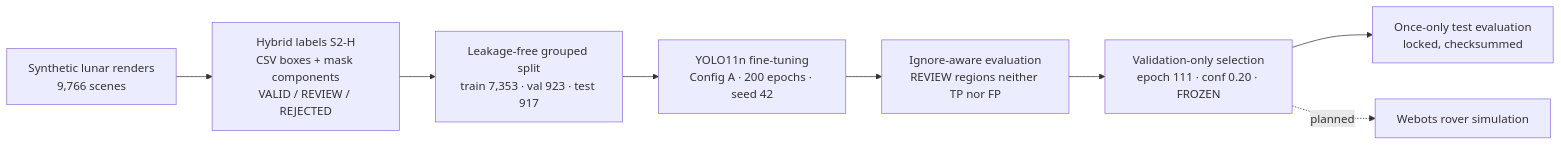
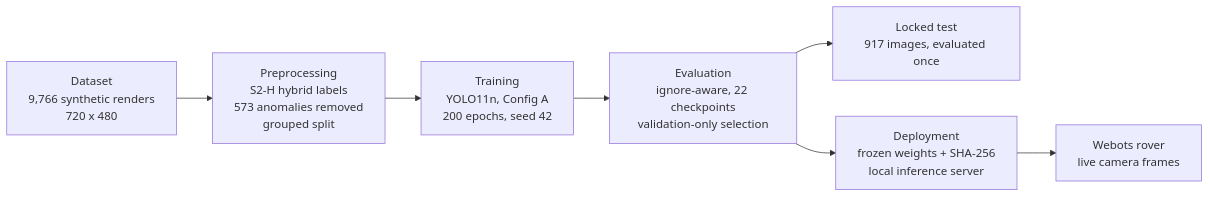
Before and after one commit to mehdi-lakhzouri/ATEC-404: the second of 6 diagrams in README.md, drawn with Mermaid. The commit also changed other lines of this file, not shown here.

````diff
--- a/README.md
+++ b/README.md
@@ -31,10 +520,9 @@
 ```mermaid
 flowchart LR
-  D[Synthetic lunar renders<br/>9,766 scenes] --> L[Hybrid labels S2-H<br/>CSV boxes + mask components<br/>VALID / REVIEW / REJECTED]
-  L --> S[Leakage-free grouped split<br/>train 7,353 · val 923 · test 917]
-  S --> T[YOLO11n fine-tuning<br/>Config A · 200 epochs · seed 42]
-  T --> E[Ignore-aware evaluation<br/>REVIEW regions neither TP nor FP]
-  E --> M[Validation-only selection<br/>epoch 111 · conf 0.20 · FROZEN]
-  M --> X[Once-only test evaluation<br/>locked, checksummed]
-  M -.planned.-> W[Webots rover simulation]
+  A["Dataset<br/>9,766 synthetic renders<br/>720 x 480"] --> B["Preprocessing<br/>S2-H hybrid labels<br/>573 anomalies removed<br/>grouped split"]
+  B --> C["Training<br/>YOLO11n, Config A<br/>200 epochs, seed 42"]
+  C --> D["Evaluation<br/>ignore-aware, 22 checkpoints<br/>validation-only selection"]
+  D --> E["Locked test<br/>917 images, evaluated once"]
+  D --> F["Deployment<br/>frozen weights + SHA-256<br/>local inference server"]
+  F --> G["Webots rover<br/>live camera frames"]
 ```
````
